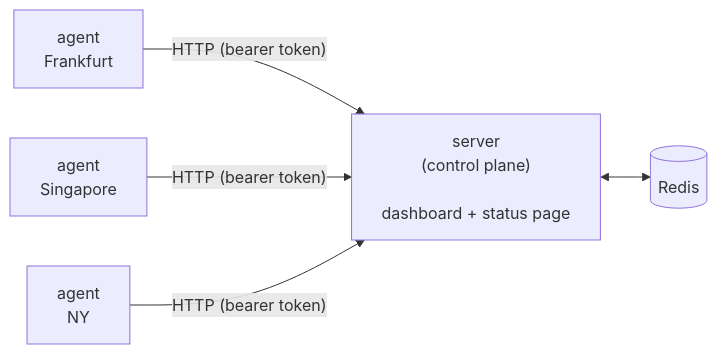
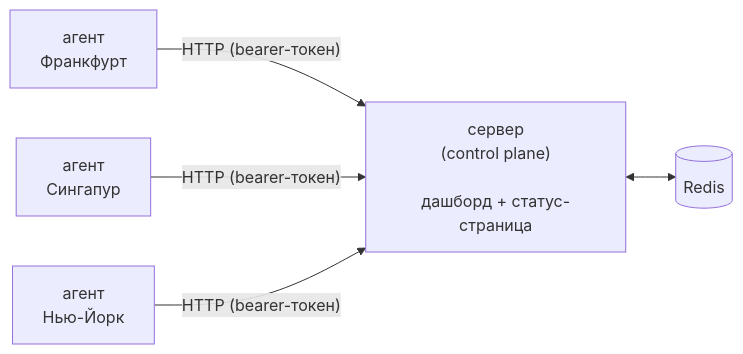
Before and after one commit to icelanced/Witness: the diagram in README.md, drawn with Mermaid. The commit also changed other lines of this file and 7 other files, not shown here.

````diff
--- a/README.md
+++ b/README.md
@@ -16,8 +11,8 @@
 ```mermaid
 flowchart LR
-    A1["agent<br/>Frankfurt"] -- "HTTP (bearer token)" --> S
-    A2["agent<br/>Singapore"] -- "HTTP (bearer token)" --> S
-    A3["agent<br/>NY"] -- "HTTP (bearer token)" --> S
+    A1["агент<br/>Франкфурт"] -- "HTTP (bearer-токен)" --> S
+    A2["агент<br/>Сингапур"] -- "HTTP (bearer-токен)" --> S
+    A3["агент<br/>Нью-Йорк"] -- "HTTP (bearer-токен)" --> S
 
-    S["server<br/>(control plane)<br/><br/>dashboard + status page"] <--> R[("Redis")]
+    S["сервер<br/>(control plane)<br/><br/>дашборд + статус-страница"] <--> R[("Redis")]
 ```
````
